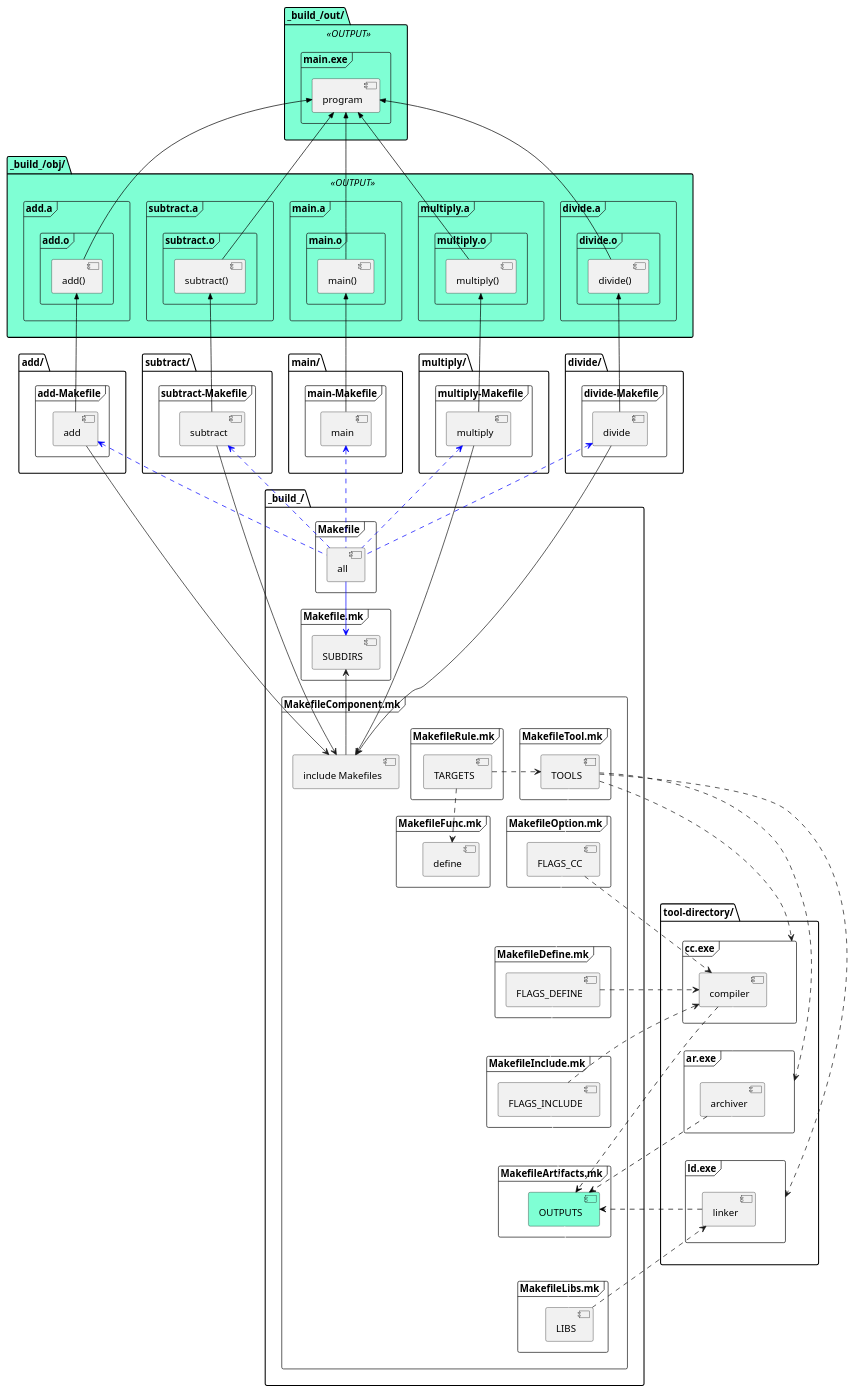
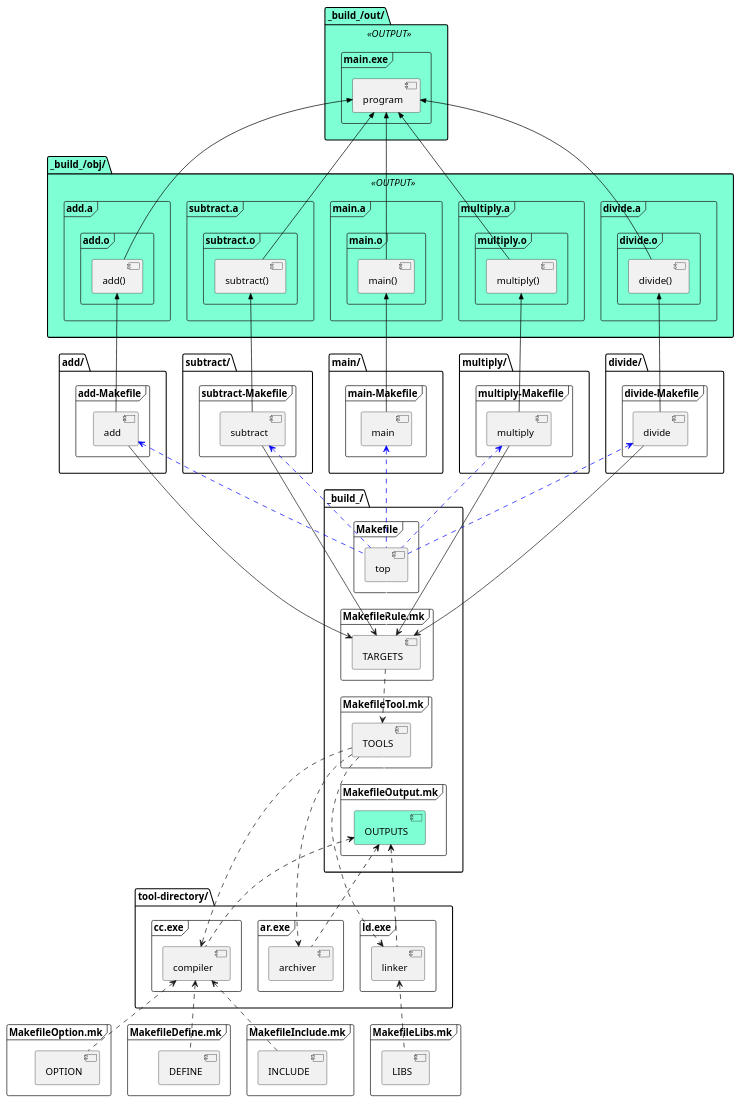
The diagram in make.plantuml (adachikenta/c_programs), drawn with PlantUML before and after one commit.

```diff
--- a/make.plantuml
+++ b/make.plantuml
@@ -1,142 +1,125 @@
 @startuml enviroment
 skinparam folder {
 	backgroundColor<<OUTPUT>> aquamarine
 }
 folder "_build_/" {
   frame "Makefile" {
-    [all]
-  }
-  frame "Makefile.mk" {
-    [all] --> [SUBDIRS] #blue
+    [top]
   }
 }
 folder "add/" {
   frame "add-Makefile" {
-    [add] <.. [all] #blue
+    [add] <.. [top] #blue
   }
 }
 folder "subtract/" {
   frame "subtract-Makefile" {
-    [subtract] <.. [all] #blue
+    [subtract] <.. [top] #blue
   }
 }
 folder "main/" {
   frame "main-Makefile" {
-    [main] <.. [all] #blue
+    [main] <.. [top] #blue
   }
 }
 folder "multiply/" {
   frame "multiply-Makefile" {
-    [multiply] <.. [all] #blue
+    [multiply] <.. [top] #blue
   }
 }
 folder "divide/" {
   frame "divide-Makefile" {
-    [divide] <.. [all] #blue
+    [divide] <.. [top] #blue
   }
 }
 folder "_build_/" {
-  frame "MakefileComponent.mk" {
-    [include Makefiles]
-    [SUBDIRS] <-- [include Makefiles]
-    [add] --> [include Makefiles]
-    [subtract] --> [include Makefiles]
-    [multiply] --> [include Makefiles]
-    [divide] --> [include Makefiles]
+  frame "MakefileRule.mk" {
+    [top] .. [TARGETS] #white
+    [add] --> [TARGETS]
+    [subtract] --> [TARGETS]
+    [multiply] --> [TARGETS]
+    [divide] --> [TARGETS]
   }
 }
 folder "_build_/obj/" <<OUTPUT>> {
   frame "add.a" {
     frame "add.o" {
       [add()] <<-- [add] #black
     }
   }
   frame "subtract.a" {
     frame "subtract.o" {
       [subtract()] <<-- [subtract] #black
     }
   }
   frame "multiply.a" {
     frame "multiply.o" {
       [multiply()] <<-- [multiply] #black
     }
   }
   frame "divide.a" {
     frame "divide.o" {
       [divide()] <<-- [divide] #black
     }
   }
   frame "main.a" {
     frame "main.o" {
       [main()] <<-- [main] #black
     }
   }
 }
 folder "_build_/out/" <<OUTPUT>> {
   frame "main.exe" {
     [program] <<-- [main()] #black
     [program] <<-- [add()] #black
     [program] <<-- [subtract()] #black
     [program] <<-- [multiply()] #black
     [program] <<-- [divide()] #black
   }
 }
 folder "_build_/" {
-  frame "MakefileComponent.mk" {
-    frame "MakefileRule.mk" {
-      [TARGETS]
-    }
-    frame "MakefileFunc.mk" {
-      [define]
-      [TARGETS] ..> [define]
-    }
     frame "MakefileTool.mk" {
       [TOOLS]
-      [TARGETS] .> [TOOLS]
+      [TARGETS] ..> [TOOLS]
     }
+}
     frame "MakefileOption.mk" {
-      [FLAGS_CC]
-      [TOOLS] .. [FLAGS_CC] #white
+      [OPTION]
     }
     frame "MakefileDefine.mk" {
-      [FLAGS_DEFINE]
-      [FLAGS_CC] .. [FLAGS_DEFINE] #white
+      [DEFINE]
     }
     frame "MakefileInclude.mk" {
-      [FLAGS_INCLUDE]
-      [FLAGS_DEFINE] .. [FLAGS_INCLUDE] #white
+      [INCLUDE]
     }
-  }
-}
+    frame "MakefileLibs.mk" {
+      [LIBS]
+    }
 folder "tool-directory/" {
   frame "cc.exe" {
-    [TOOLS] ..> cc.exe
-    [FLAGS_CC] ..> [compiler]
-    [FLAGS_DEFINE] .> [compiler]
-    [compiler] <.. [FLAGS_INCLUDE]
+    [compiler]
+    [TOOLS] ..> [compiler]
+    [compiler] <.. [OPTION]
+    [compiler] <.. [DEFINE]
+    [compiler] <.. [INCLUDE]
   }
   frame "ar.exe" {
-    [TOOLS] ..> ar.exe
-    [compiler] .. [archiver] #white
+    [archiver]
+    [TOOLS] ..> [archiver]
   }
   frame "ld.exe" {
-    [TOOLS] ..> ld.exe
-    [archiver] .. [linker] #white
+    [linker]
+    [TOOLS] ..> [linker]
+    [linker] <.. [LIBS]
   }
 }
 folder "_build_/" {
-  frame "MakefileComponent.mk" {
-    frame "MakefileArtifacts.mk" {
+    frame "MakefileOutput.mk" {
       [OUTPUTS] #aquamarine
-      [FLAGS_INCLUDE] .. [OUTPUTS] #white
-      [compiler] ..> [OUTPUTS] #black
-      [archiver] ..> [OUTPUTS] #black
-      [linker] .> [OUTPUTS] #black
+      [TOOLS] .. [OUTPUTS] #white
+      [OUTPUTS] <.. [compiler] #black
+      [OUTPUTS] <.. [archiver] #black
+      [OUTPUTS] <.. [linker] #black
     }
-    frame "MakefileLibs.mk" {
-      [OUTPUTS] .. [LIBS] #white
-      [LIBS] ..> [linker]
-    }
-  }
 }
 @enduml
```
